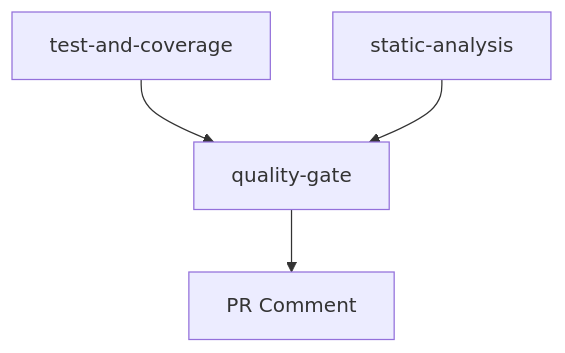
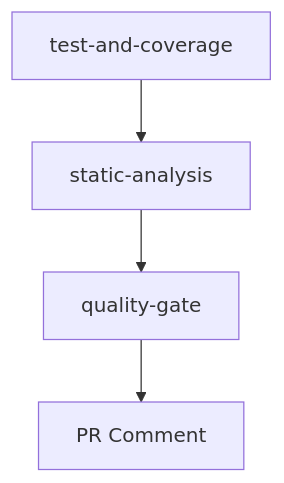
One commit to ericodx/swift-structure changed the second of 2 diagrams in Docs/CI/pull-request-analysis.md. Above: the diagram before and after it, drawn with Mermaid. The commit also changed other lines of this file and 4 other files, not shown here.

````diff
--- a/Docs/CI/pull-request-analysis.md
+++ b/Docs/CI/pull-request-analysis.md
@@ -59,6 +59,6 @@
 ```mermaid
 graph TD
-    A[test-and-coverage] --> D[quality-gate]
-    C[static-analysis] --> D[quality-gate]
-    D --> E[PR Comment]
+    A[test-and-coverage] --> B[static-analysis]
+    B --> C[quality-gate]
+    C --> D[PR Comment]
 ```
````
